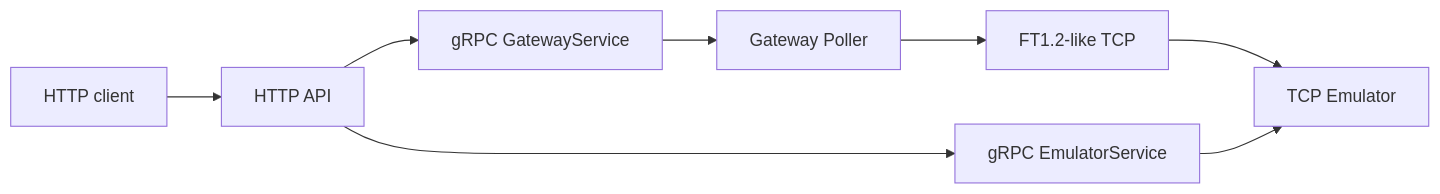
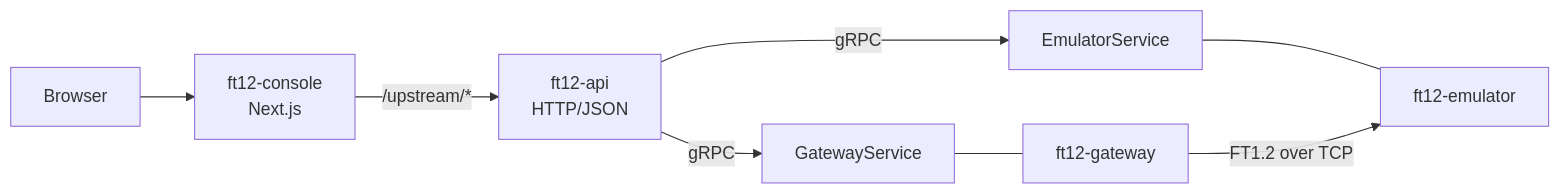
The diagram in README.md (dimbo1324/ttron-ttr20-time-r), drawn with Mermaid before and after one commit. The commit also changed other lines of this file and 22 other files, not shown here.

````diff
--- a/README.md
+++ b/README.md
@@ -27,10 +54,10 @@
 ```mermaid
 flowchart LR
-  Client["HTTP client"] --> API["HTTP API"]
-  API --> EG["gRPC EmulatorService"]
-  API --> GG["gRPC GatewayService"]
-  Gateway["Gateway Poller"] --> TCP["FT1.2-like TCP"]
-  TCP --> Emulator["TCP Emulator"]
-  EG --> Emulator
-  GG --> Gateway
+  Browser["Browser"] --> Console["ft12-console<br/>Next.js"]
+  Console -- "/upstream/*" --> API["ft12-api<br/>HTTP/JSON"]
+  API -- gRPC --> EmulatorCtl["EmulatorService"]
+  API -- gRPC --> GatewayCtl["GatewayService"]
+  EmulatorCtl --- Emulator["ft12-emulator"]
+  GatewayCtl --- Gateway["ft12-gateway"]
+  Gateway -- "FT1.2 over TCP" --> Emulator
 ```
````
